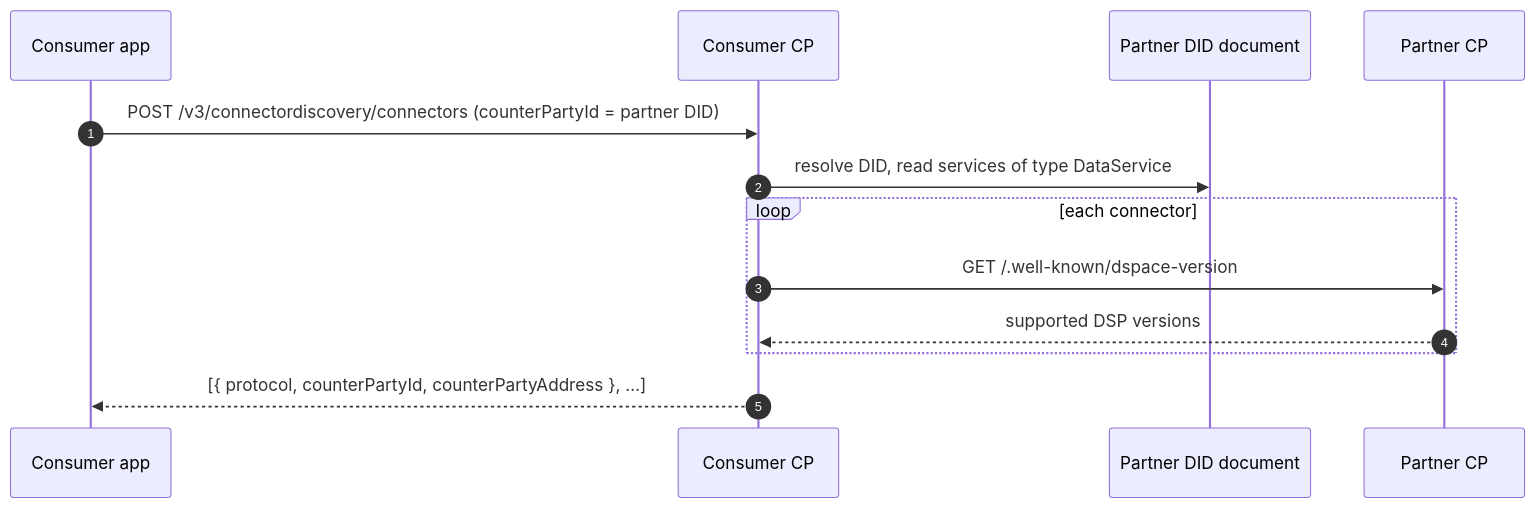
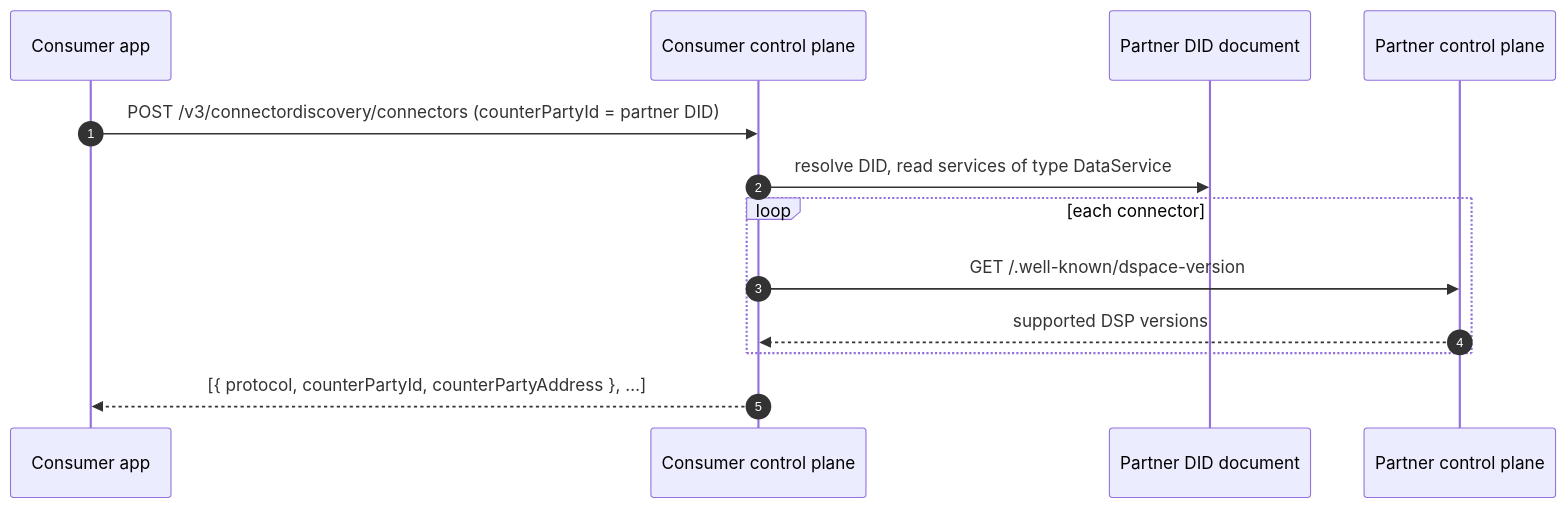
The seventh of 7 diagrams in docs/architecture/flows.md (eclipse-tractusx/tractusx-edc), drawn with Mermaid before and after one commit. The commit also changed other lines of this file and 4 other files, not shown here.

First line of the commit message:
docs: square sidebar rows; spell out control plane and data plane

````diff
--- a/docs/architecture/flows.md
+++ b/docs/architecture/flows.md
@@ -135,15 +135,15 @@
 ```mermaid
 sequenceDiagram
   autonumber
   participant App as Consumer app
-  participant CCP as Consumer CP
+  participant CCP as Consumer control plane
   participant DID as Partner DID document
-  participant PCP as Partner CP
+  participant PCP as Partner control plane
   App->>CCP: POST /v3/connectordiscovery/connectors (counterPartyId = partner DID)
   CCP->>DID: resolve DID, read services of type DataService
   loop each connector
     CCP->>PCP: GET /.well-known/dspace-version
     PCP-->>CCP: supported DSP versions
   end
   CCP-->>App: [{ protocol, counterPartyId, counterPartyAddress }, …]
 ```
````
